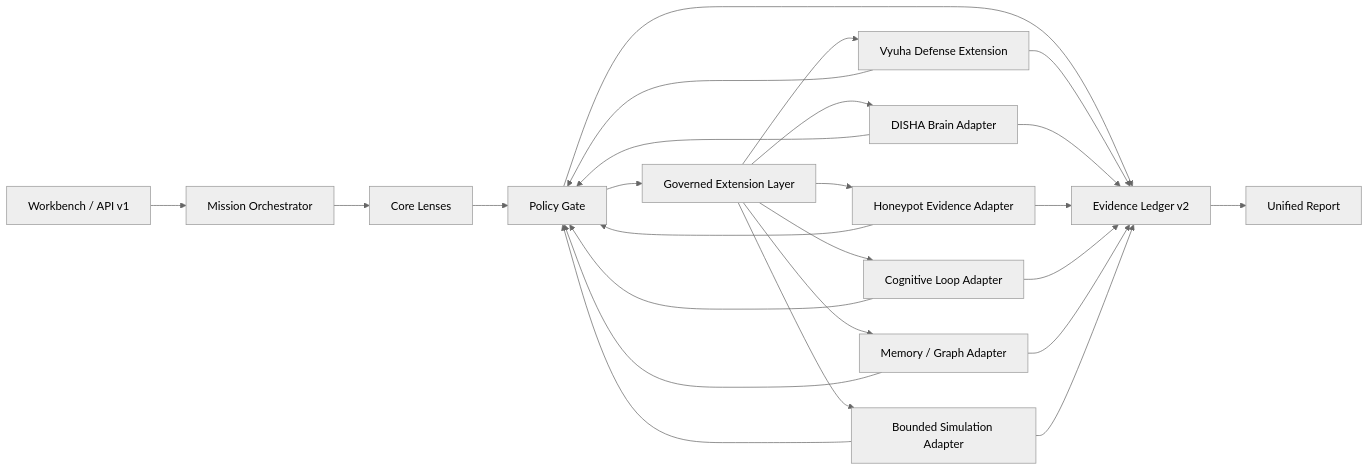
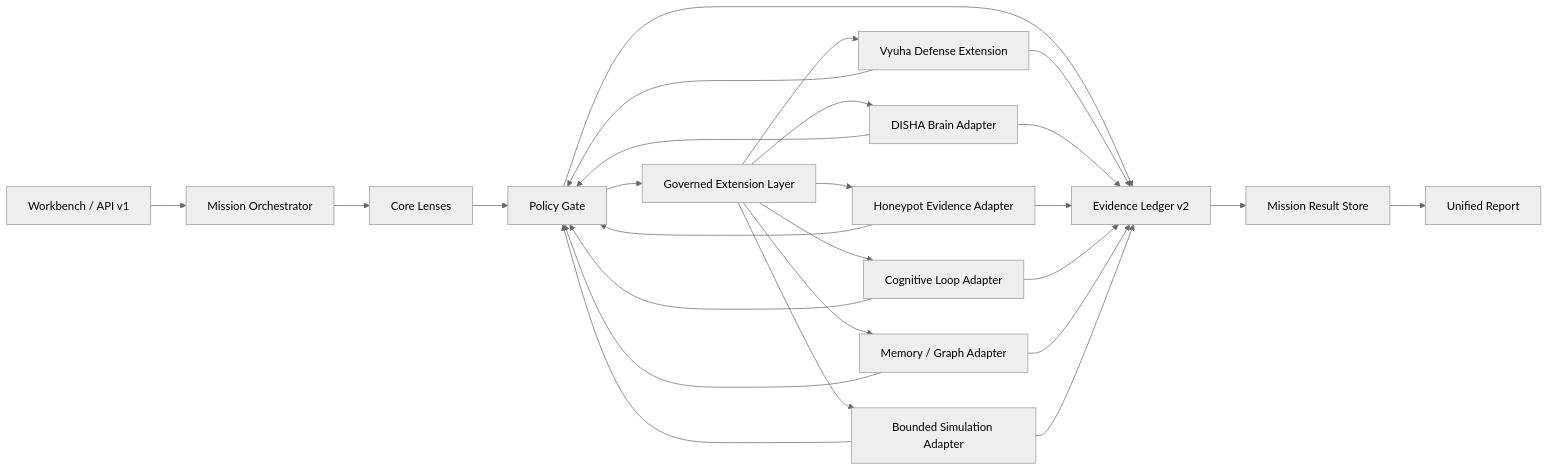
One commit to Tashima-Tarsh/Disha changed the first of 2 diagrams in ARCHITECTURE.md. Above: the diagram before and after it, drawn with Mermaid (neutral theme). The commit also changed other lines of this file and 10 other files, not shown here.

````diff
--- a/ARCHITECTURE.md
+++ b/ARCHITECTURE.md
@@ -31,27 +31,28 @@
 ```mermaid
 flowchart LR
     A["Workbench / API v1"] --> B["Mission Orchestrator"]
     B --> C["Core Lenses"]
     C --> D["Policy Gate"]
     D --> E["Evidence Ledger v2"]
+    E --> N["Mission Result Store"]
     D --> F["Governed Extension Layer"]
     F --> G["Vyuha Defense Extension"]
     F --> H["DISHA Brain Adapter"]
     F --> I["Honeypot Evidence Adapter"]
     F --> K["Cognitive Loop Adapter"]
     F --> L["Memory / Graph Adapter"]
     F --> M["Bounded Simulation Adapter"]
     G --> D
     H --> D
     I --> D
     K --> D
     L --> D
     M --> D
     G --> E
     H --> E
     I --> E
     K --> E
     L --> E
     M --> E
-    E --> J["Unified Report"]
+    N --> J["Unified Report"]
 ```
````
